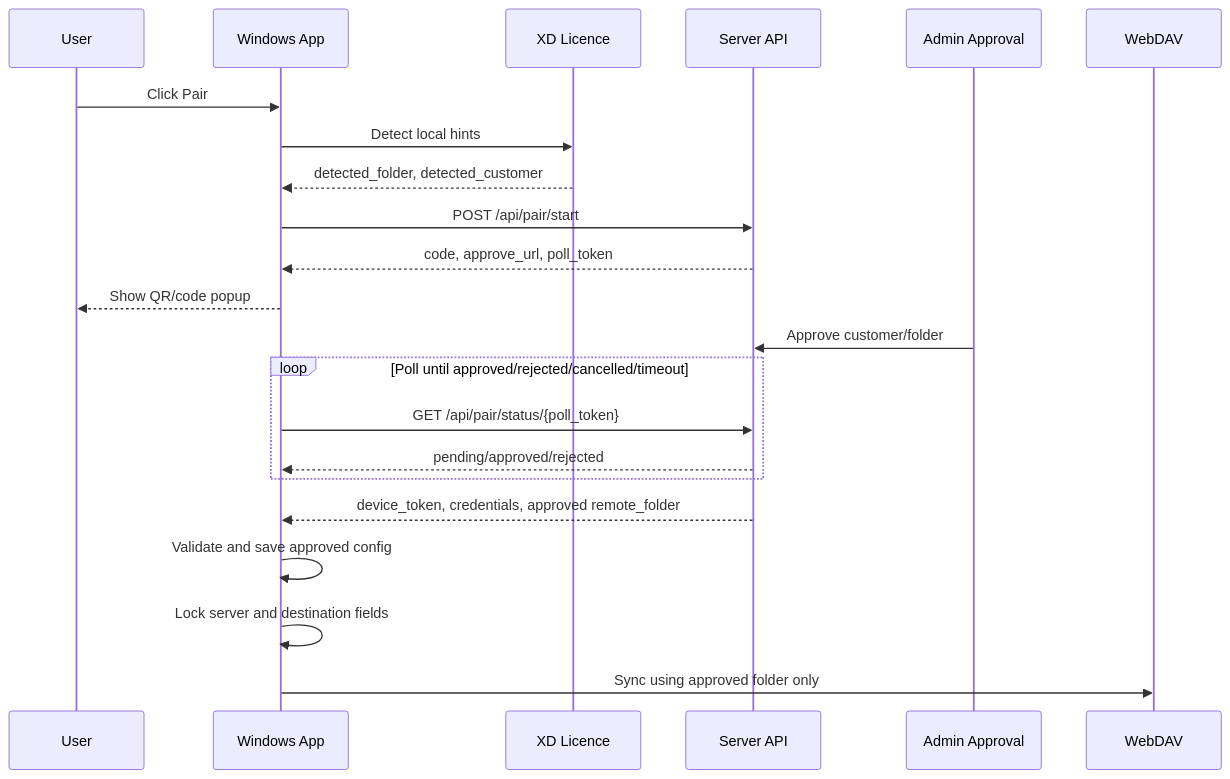
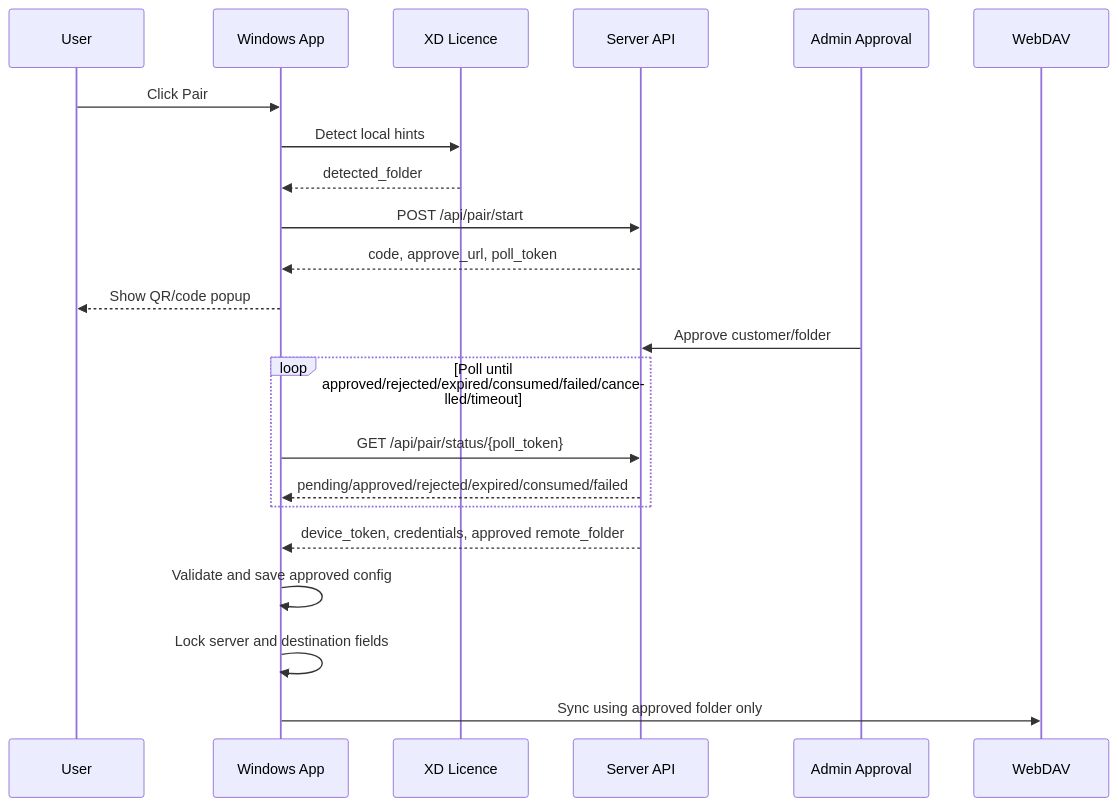
Before and after one commit to ruibeard/backup-sync: the second of 2 diagrams in README.md, drawn with Mermaid. The commit also changed other lines of this file and 6 other files, not shown here.

````diff
--- a/README.md
+++ b/README.md
@@ -163,25 +160,25 @@
 ```mermaid
 sequenceDiagram
     participant User
     participant App as Windows App
     participant XD as XD Licence
     participant API as Server API
     participant Admin as Admin Approval
     participant WebDAV
 
     User->>App: Click Pair
     App->>XD: Detect local hints
-    XD-->>App: detected_folder, detected_customer
+    XD-->>App: detected_folder
     App->>API: POST /api/pair/start
     API-->>App: code, approve_url, poll_token
     App-->>User: Show QR/code popup
     Admin->>API: Approve customer/folder
-    loop Poll until approved/rejected/cancelled/timeout
+    loop Poll until approved/rejected/expired/consumed/failed/cancelled/timeout
         App->>API: GET /api/pair/status/{poll_token}
-        API-->>App: pending/approved/rejected
+        API-->>App: pending/approved/rejected/expired/consumed/failed
     end
     API-->>App: device_token, credentials, approved remote_folder
     App->>App: Validate and save approved config
     App->>App: Lock server and destination fields
     App->>WebDAV: Sync using approved folder only
 ```
````
